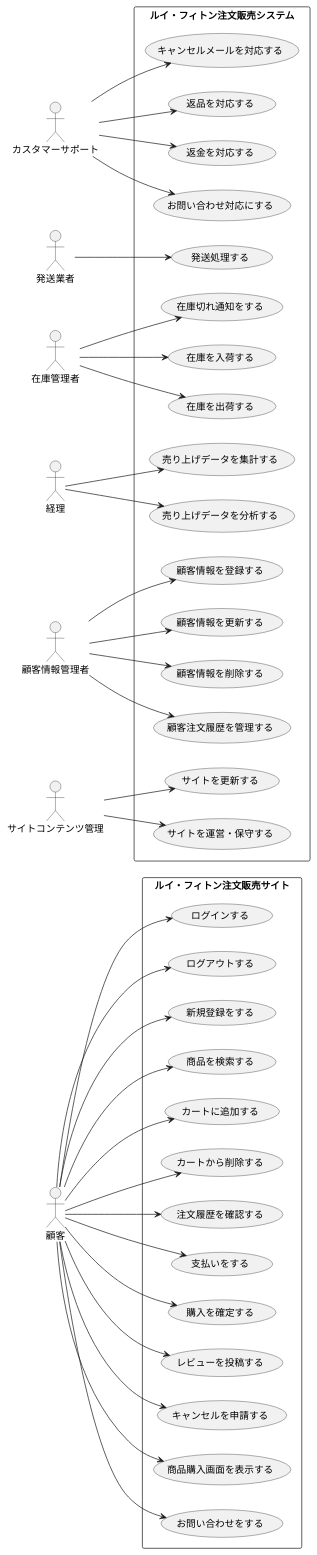
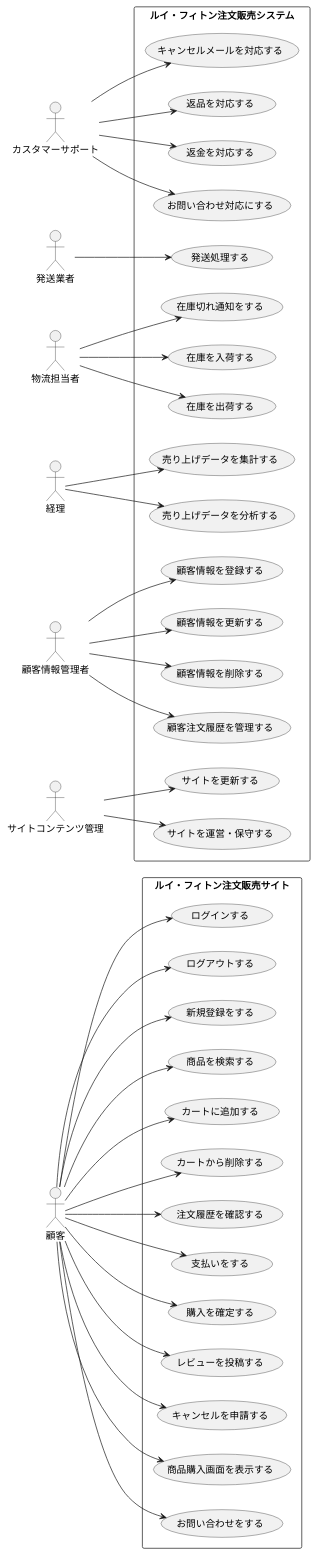
One commit to mameiku/group3-4 changed the diagram in ecommerce_usecase.pu. Above: the diagram before and after it, drawn with PlantUML.

Commit message:
編集

```diff
--- a/ecommerce_usecase.pu
+++ b/ecommerce_usecase.pu
@@ -1,98 +1,98 @@
 @startuml
 left to right direction
 
 actor 顧客
 actor カスタマーサポート
 actor 発送業者
-actor 在庫管理者
+actor 物流担当者
 actor 経理
 actor 顧客情報管理者
 actor サイトコンテンツ管理
 
 rectangle "ルイ・フィトン注文販売システム" {
 
   ' --- 管理者 ---
   (発送処理する)
 
   (キャンセルメールを対応する)
   (返品を対応する)
   (返金を対応する)
   (お問い合わせ対応にする)
 
   (在庫を入荷する)
   (在庫を出荷する)
   (在庫切れ通知をする)
 
   (売り上げデータを集計する)
   (売り上げデータを分析する)
 
   '--- 顧客情報管理者 ---
   (顧客情報を登録する)
   (顧客情報を更新する)
   (顧客情報を削除する)
   (顧客注文履歴を管理する)
 
   (サイトを更新する)
   (サイトを運営・保守する)
 
 }
 
 
 rectangle "ルイ・フィトン注文販売サイト" {
     ' --- 顧客 ---
   (ログインする)
   (ログアウトする)
   (新規登録をする)
   (商品を検索する)
   (カートに追加する)
   (カートから削除する)
   (注文履歴を確認する)
   (支払いをする)
   (購入を確定する)
   (レビューを投稿する)
   (キャンセルを申請する)
   (商品購入画面を表示する)
   (お問い合わせをする)
 }
 
 
 ' 顧客の動き
 顧客 --> (ログインする)
 顧客 --> (ログアウトする)
 顧客 --> (商品を検索する)
 顧客 --> (カートに追加する)
 顧客 --> (カートから削除する)
 顧客 --> (注文履歴を確認する)
 顧客 --> (新規登録をする)
 顧客 --> (支払いをする)
 顧客 --> (購入を確定する)
 顧客 --> (レビューを投稿する)
 顧客 --> (キャンセルを申請する)
 顧客 --> (商品購入画面を表示する)
 顧客 --> (お問い合わせをする)
 
 ' 管理者などの動き
-在庫管理者 --> (在庫を入荷する)
-在庫管理者 --> (在庫を出荷する)
-在庫管理者 --> (在庫切れ通知をする)
+物流担当者 --> (在庫を入荷する)
+物流担当者 --> (在庫を出荷する)
+物流担当者 --> (在庫切れ通知をする)
 
 経理 --> (売り上げデータを集計する)
 経理--> (売り上げデータを分析する)
 
 '発送業者とカスタマーサポートの追加
 発送業者 --> (発送処理する)
 
 カスタマーサポート --> (キャンセルメールを対応する)
 カスタマーサポート --> (返品を対応する)
 カスタマーサポート --> (返金を対応する)
 カスタマーサポート --> (お問い合わせ対応にする)
 
 顧客情報管理者 --> (顧客情報を登録する)
 顧客情報管理者 --> (顧客情報を更新する)
 顧客情報管理者 --> (顧客情報を削除する)
 顧客情報管理者 --> (顧客注文履歴を管理する)
 
 サイトコンテンツ管理 --> (サイトを更新する)
 サイトコンテンツ管理 --> (サイトを運営・保守する)
 
 @enduml
```
